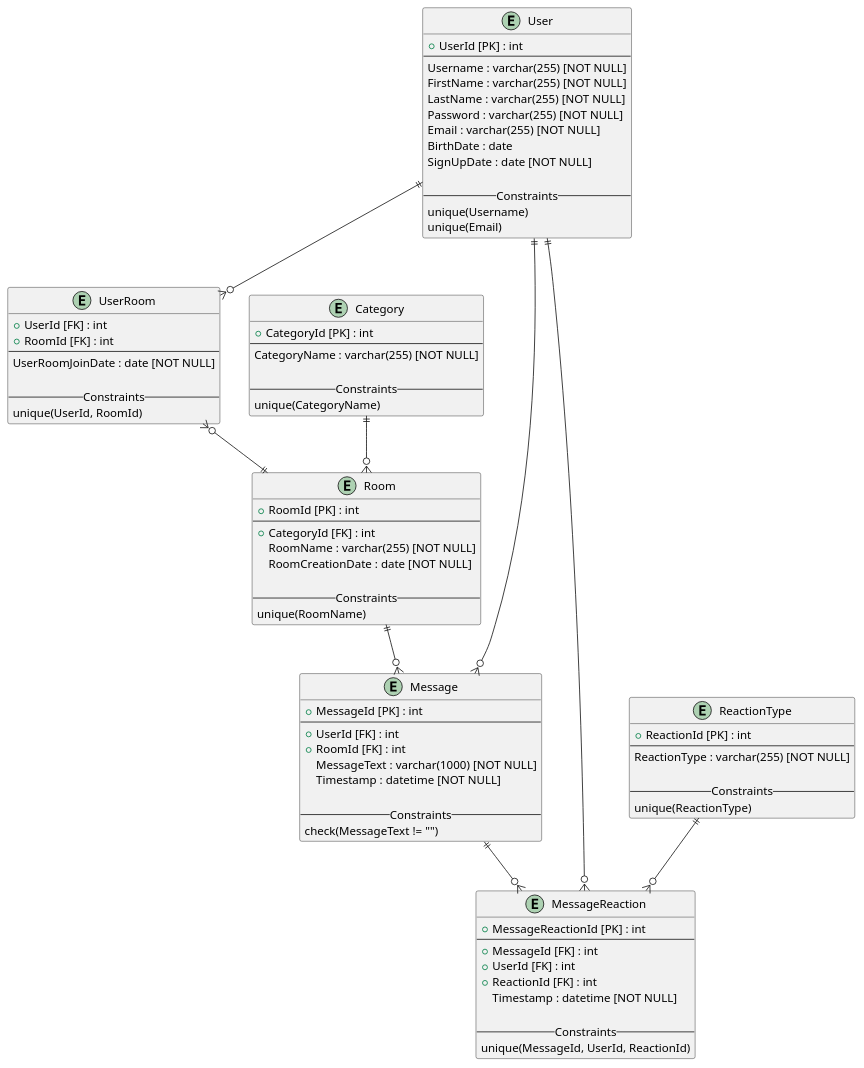
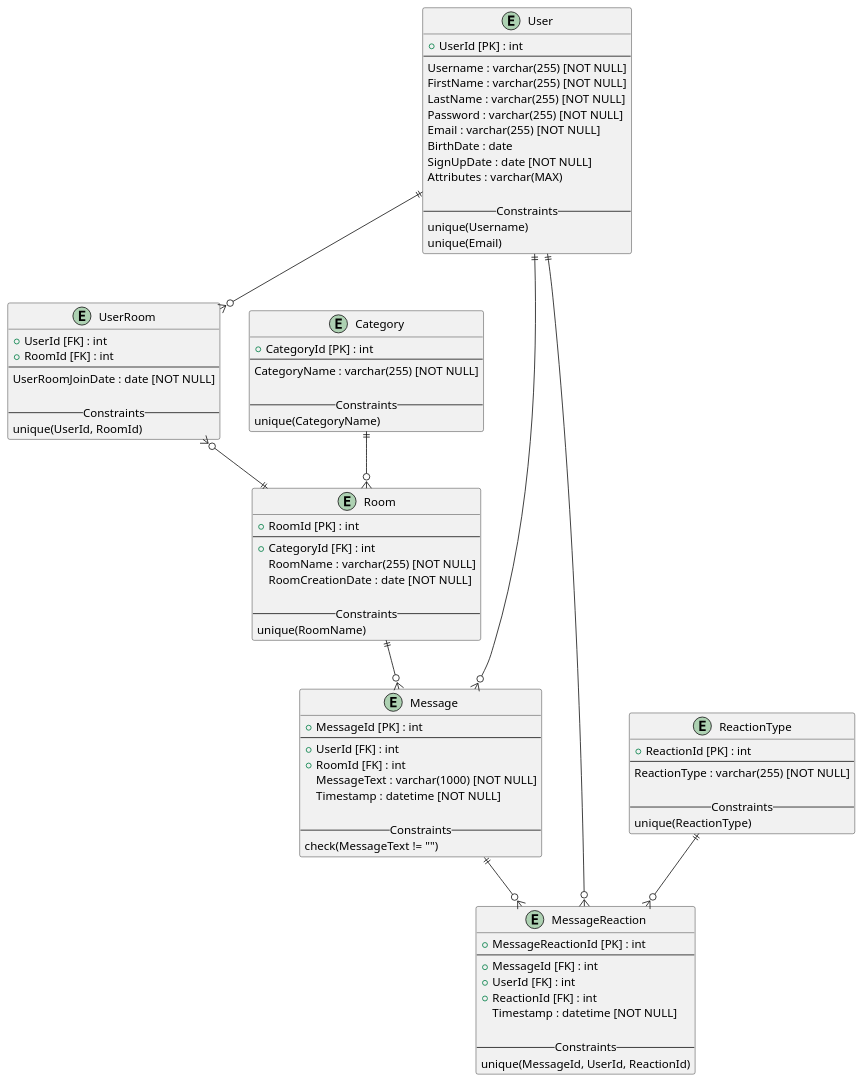
The diagram in er_physical.puml (Liteykin/DBI_Project), drawn with PlantUML before and after one commit. The commit also changed 2 other files, not shown here.

```diff
--- a/er_physical.puml
+++ b/er_physical.puml
@@ -1,93 +1,94 @@
 @startuml "Chatflow"
 
 entity "User" as user {
   + UserId [PK] : int
   --
   Username : varchar(255) [NOT NULL]
   FirstName : varchar(255) [NOT NULL]
   LastName : varchar(255) [NOT NULL]
   Password : varchar(255) [NOT NULL]
   Email : varchar(255) [NOT NULL]
   BirthDate : date
   SignUpDate : date [NOT NULL]
+  Attributes : varchar(MAX)
 
   -- Constraints --
   unique(Username)
   unique(Email)
 }
 
 entity "Room" as room {
   + RoomId [PK] : int
   --
   + CategoryId [FK] : int
   RoomName : varchar(255) [NOT NULL]
   RoomCreationDate : date [NOT NULL]
 
   -- Constraints --
   unique(RoomName)
 }
 
 entity "Category" as category {
   + CategoryId [PK] : int
   --
   CategoryName : varchar(255) [NOT NULL]
 
   -- Constraints --
   unique(CategoryName)
 }
 
 entity "UserRoom" as user_room {
   + UserId [FK] : int
   + RoomId [FK] : int
   --
   UserRoomJoinDate : date [NOT NULL]
 
   -- Constraints --
   unique(UserId, RoomId)
 }
 
 entity "Message" as message {
   + MessageId [PK] : int
   --
   + UserId [FK] : int
   + RoomId [FK] : int
   MessageText : varchar(1000) [NOT NULL]
   Timestamp : datetime [NOT NULL]
 
   -- Constraints --
   check(MessageText != "")
 }
 
 entity "ReactionType" as reaction {
   + ReactionId [PK] : int
   --
   ReactionType : varchar(255) [NOT NULL]
 
   -- Constraints --
   unique(ReactionType)
 }
 
 
 
 entity "MessageReaction" as message_reaction {
   + MessageReactionId [PK] : int
   --
   + MessageId [FK] : int
   + UserId [FK] : int
   + ReactionId [FK] : int
   Timestamp : datetime [NOT NULL]
 
   -- Constraints --
   unique(MessageId, UserId, ReactionId)
 }
 
 user ||--o{ user_room
 user_room }o--|| room
 room ||--o{ message
 user ||--o{ message
 category ||--o{ room
 message ||--o{ message_reaction
 user ||--o{ message_reaction
 reaction ||--o{ message_reaction
 
 @enduml
```
